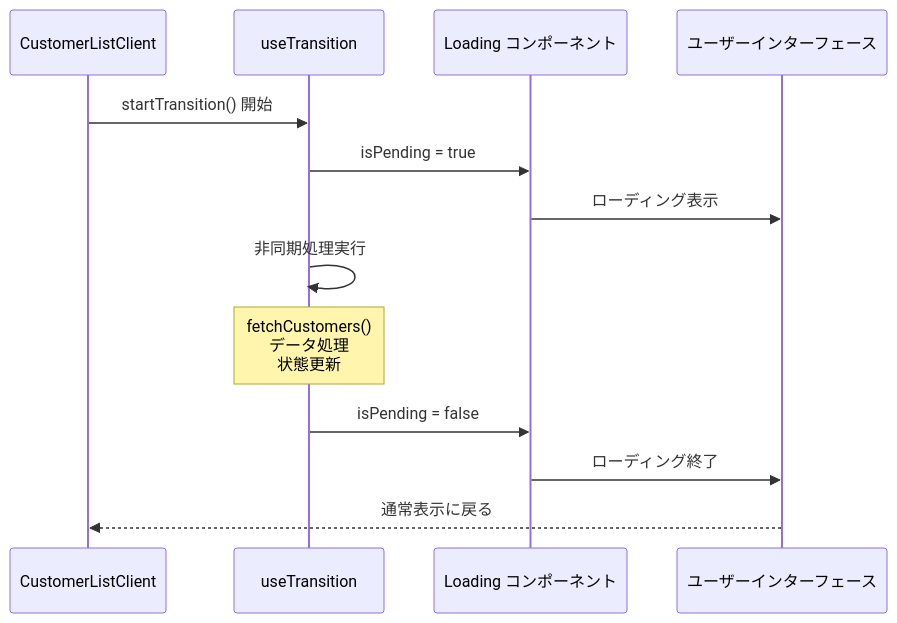
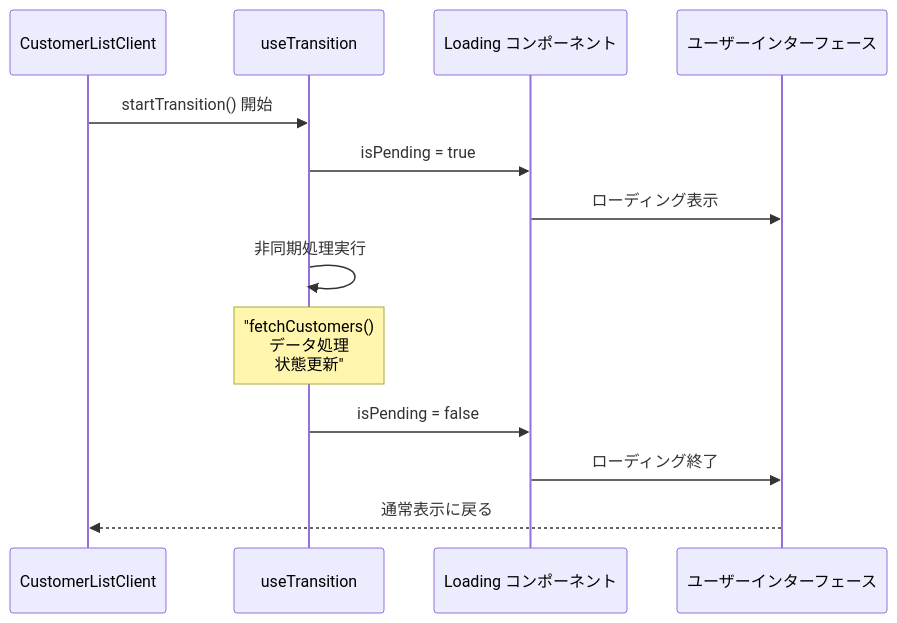
The sixth of 11 diagrams in document/components/sequence/CustomerListClient.md (wasabi49/ocs-systemDevelopmentExercises), drawn with Mermaid before and after one commit. The commit also changed other lines of this file and 42 other files, not shown here.

First line of the commit message:
fix: mermaidシーケンス図のNote over文でダブルクォーテーション不足を修正

````diff
--- a/document/components/sequence/CustomerListClient.md
+++ b/document/components/sequence/CustomerListClient.md
@@ -116,18 +116,18 @@
 ```mermaid
 sequenceDiagram
     participant Client as CustomerListClient
     participant Transition as useTransition
     participant Loading as Loading コンポーネント
     participant UI as ユーザーインターフェース
 
     Client->>Transition: startTransition() 開始
     Transition->>Loading: isPending = true
     Loading->>UI: ローディング表示
     
     Transition->>Transition: 非同期処理実行
-    Note over Transition: fetchCustomers()<br/>データ処理<br/>状態更新
+    Note over Transition: "fetchCustomers()<br/>データ処理<br/>状態更新"
     
     Transition->>Loading: isPending = false
     Loading->>UI: ローディング終了
     UI-->>Client: 通常表示に戻る
 ```
````
